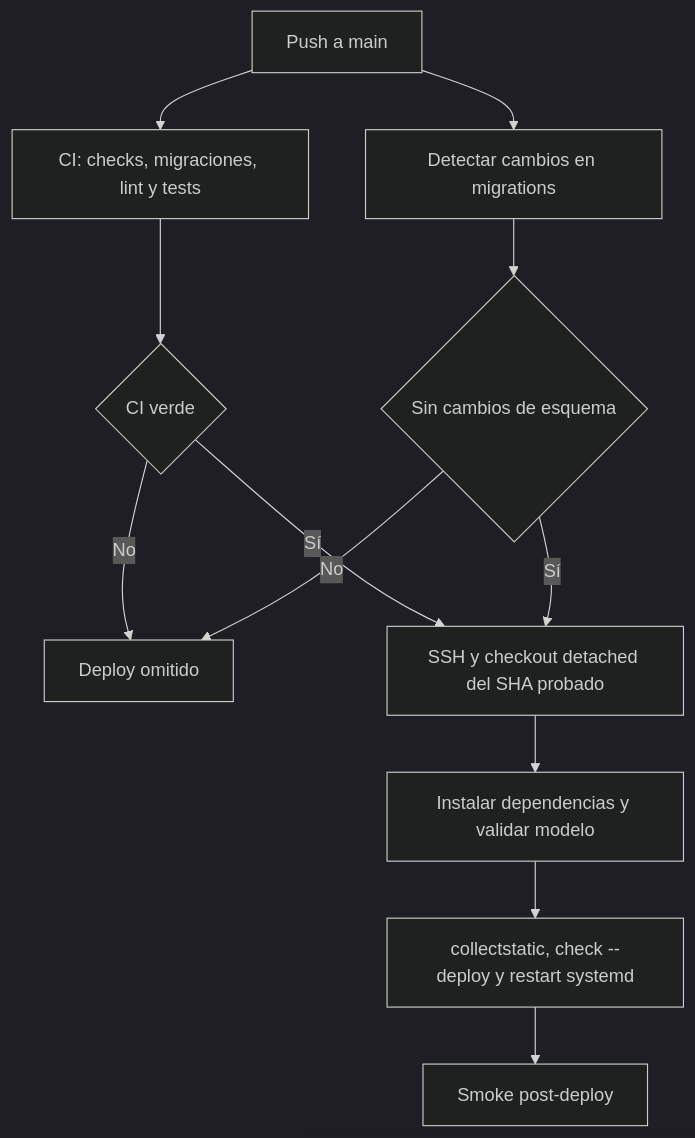
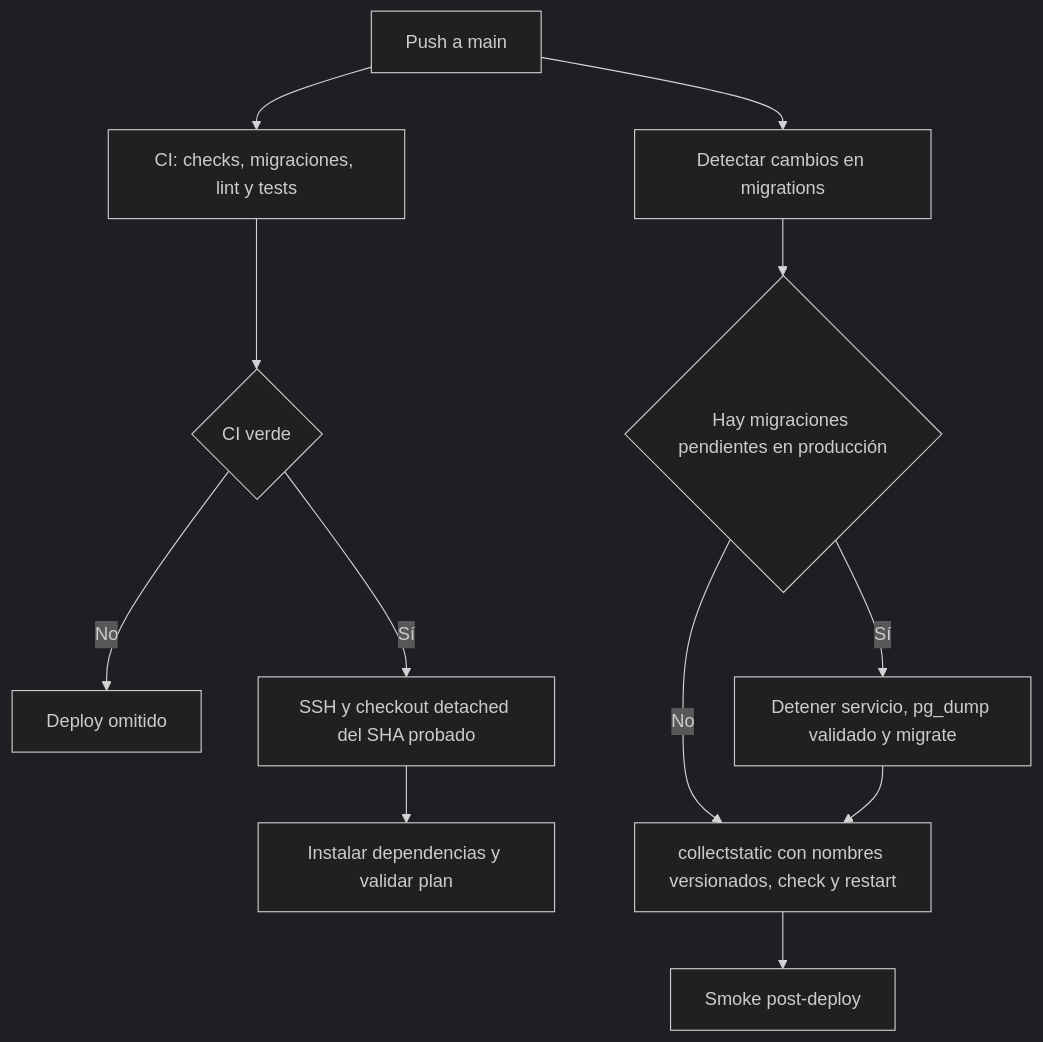
Before and after one commit to alvaroavx/avx-django-plataformaelemental: the diagram in docs/operacion/DEPLOY.md, drawn with Mermaid (dark theme). The commit also changed other lines of this file and 7 other files, not shown here.

Commit message:
feat(deploy): aplica migraciones y versiona estaticos

````diff
--- a/docs/operacion/DEPLOY.md
+++ b/docs/operacion/DEPLOY.md
@@ -237,14 +242,14 @@
 ```mermaid
 flowchart TD
     A["Push a main"] --> B["CI: checks, migraciones, lint y tests"]
     A --> C["Detectar cambios en migrations"]
     B --> D{"CI verde"}
-    C --> E{"Sin cambios de esquema"}
+    C --> E{"Hay migraciones pendientes en producción"}
     D -- "No" --> X["Deploy omitido"]
-    E -- "No" --> X
     D -- "Sí" --> F["SSH y checkout detached del SHA probado"]
-    E -- "Sí" --> F
-    F --> G["Instalar dependencias y validar modelo"]
-    G --> H["collectstatic, check --deploy y restart systemd"]
+    F --> G["Instalar dependencias y validar plan"]
+    E -- "Sí" --> M["Detener servicio, pg_dump validado y migrate"]
+    E -- "No" --> H
+    M --> H["collectstatic con nombres versionados, check y restart"]
     H --> I["Smoke post-deploy"]
 ```
````
